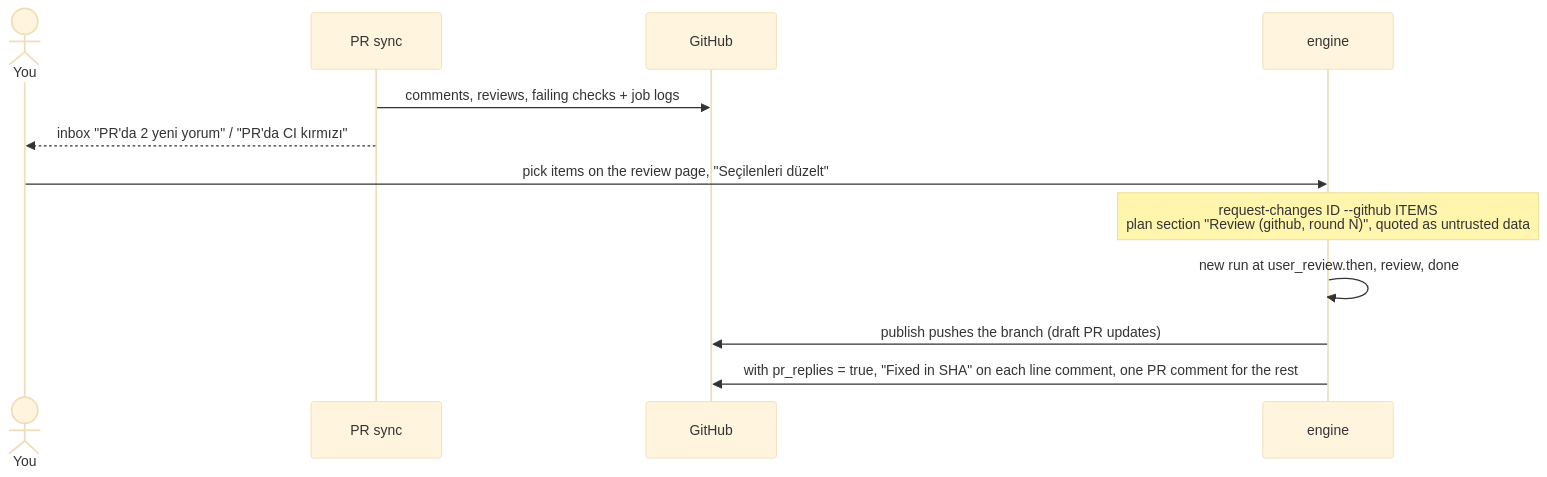
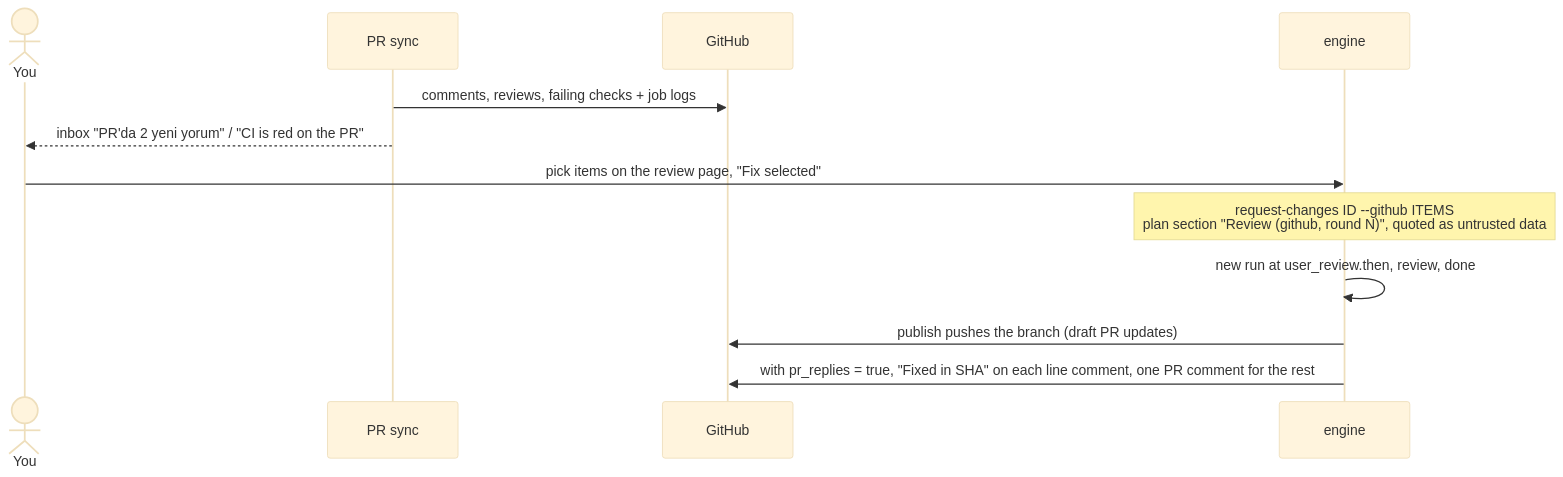
Diagram 18 of 19 in docs/how-it-works.md (ilkeryasin8/ziggy-agent), drawn with Mermaid (base theme) before and after one commit. The commit also changed other lines of this file and 17 other files, not shown here.

````diff
--- a/docs/how-it-works.md
+++ b/docs/how-it-works.md
@@ -1098,14 +1098,14 @@
 ```mermaid
 sequenceDiagram
     actor You
     participant Sync as PR sync
     participant GH as GitHub
     participant Engine as engine
     Sync->>GH: comments, reviews, failing checks + job logs
-    Sync-->>You: inbox "PR'da 2 yeni yorum" / "PR'da CI kırmızı"
-    You->>Engine: pick items on the review page, "Seçilenleri düzelt"
+    Sync-->>You: inbox "PR'da 2 yeni yorum" / "CI is red on the PR"
+    You->>Engine: pick items on the review page, "Fix selected"
     Note over Engine: request-changes ID --github ITEMS<br/>plan section "Review (github, round N)", quoted as untrusted data
     Engine->>Engine: new run at user_review.then, review, done
     Engine->>GH: publish pushes the branch (draft PR updates)
     Engine->>GH: with pr_replies = true, "Fixed in SHA" on each line comment, one PR comment for the rest
 ```
````
